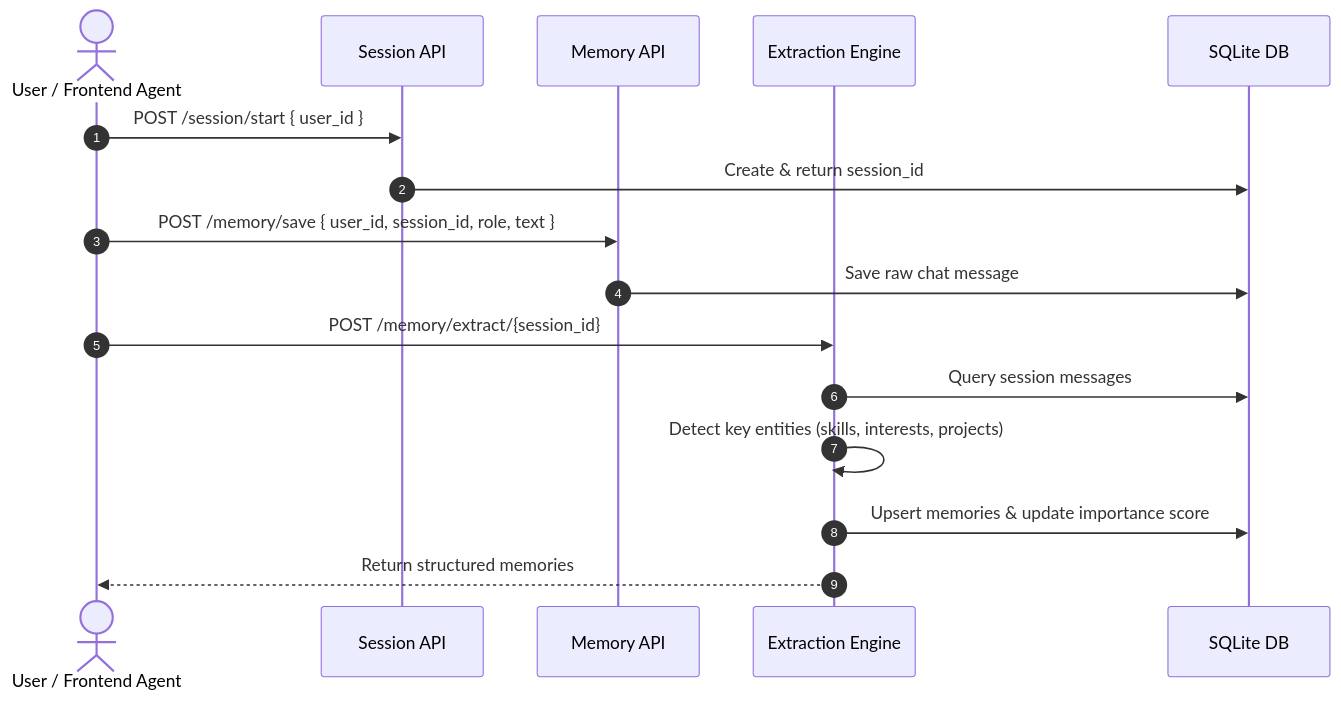
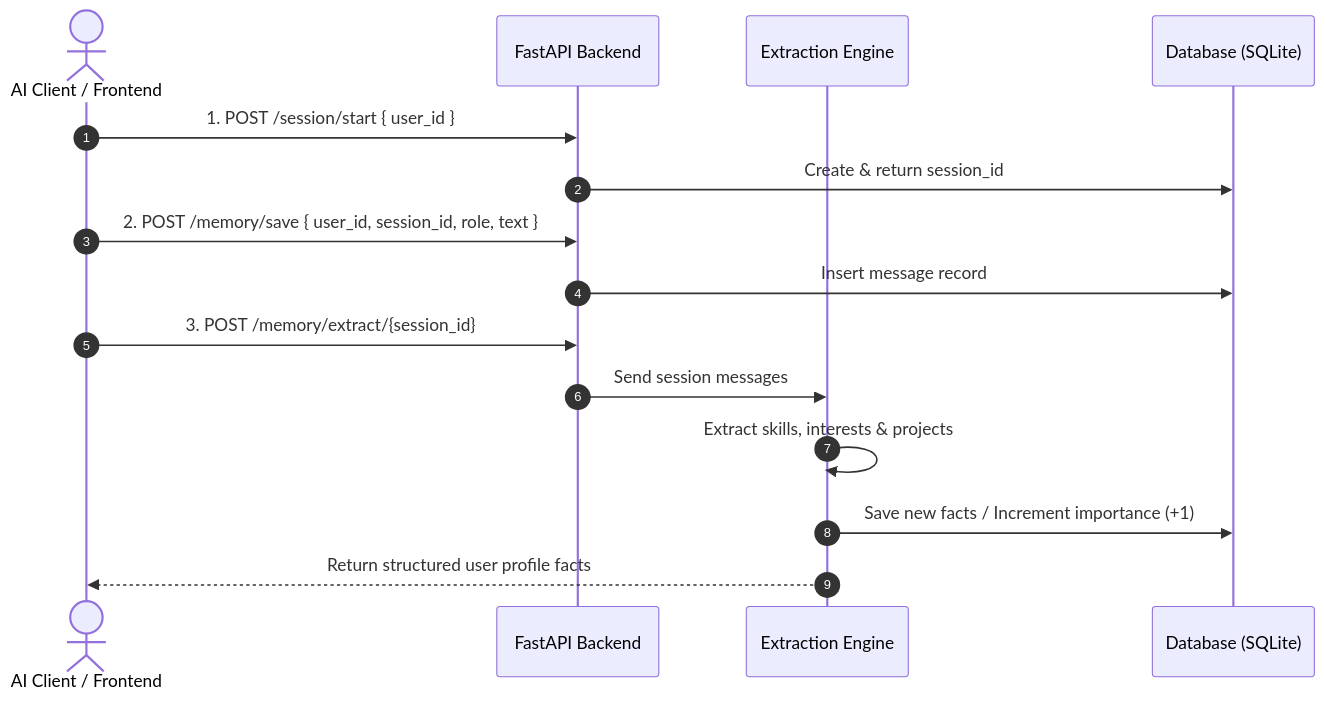
One commit to mogesh-developer/RaavOne-Memory changed the second of 3 diagrams in README.md. Above: the diagram before and after it, drawn with Mermaid. The commit also changed other lines of this file and 1 other file, not shown here.

````diff
--- a/README.md
+++ b/README.md
@@ -54,21 +80,20 @@
 ```mermaid
 sequenceDiagram
     autonumber
-    actor User as User / Frontend Agent
-    participant SessionRoute as Session API
-    participant MemoryRoute as Memory API
-    participant ExtractService as Extraction Engine
-    participant DB as SQLite DB
+    actor Client as AI Client / Frontend
+    participant API as FastAPI Backend
+    participant Engine as Extraction Engine
+    participant DB as Database (SQLite)
 
-    User->>SessionRoute: POST /session/start { user_id }
-    SessionRoute->>DB: Create & return session_id
+    Client->>API: 1. POST /session/start { user_id }
+    API->>DB: Create & return session_id
     
-    User->>MemoryRoute: POST /memory/save { user_id, session_id, role, text }
-    MemoryRoute->>DB: Save raw chat message
+    Client->>API: 2. POST /memory/save { user_id, session_id, role, text }
+    API->>DB: Insert message record
     
-    User->>ExtractService: POST /memory/extract/{session_id}
-    ExtractService->>DB: Query session messages
-    ExtractService->>ExtractService: Detect key entities (skills, interests, projects)
-    ExtractService->>DB: Upsert memories & update importance score
-    ExtractService-->>User: Return structured memories
+    Client->>API: 3. POST /memory/extract/{session_id}
+    API->>Engine: Send session messages
+    Engine->>Engine: Extract skills, interests & projects
+    Engine->>DB: Save new facts / Increment importance (+1)
+    Engine-->>Client: Return structured user profile facts
 ```
````
